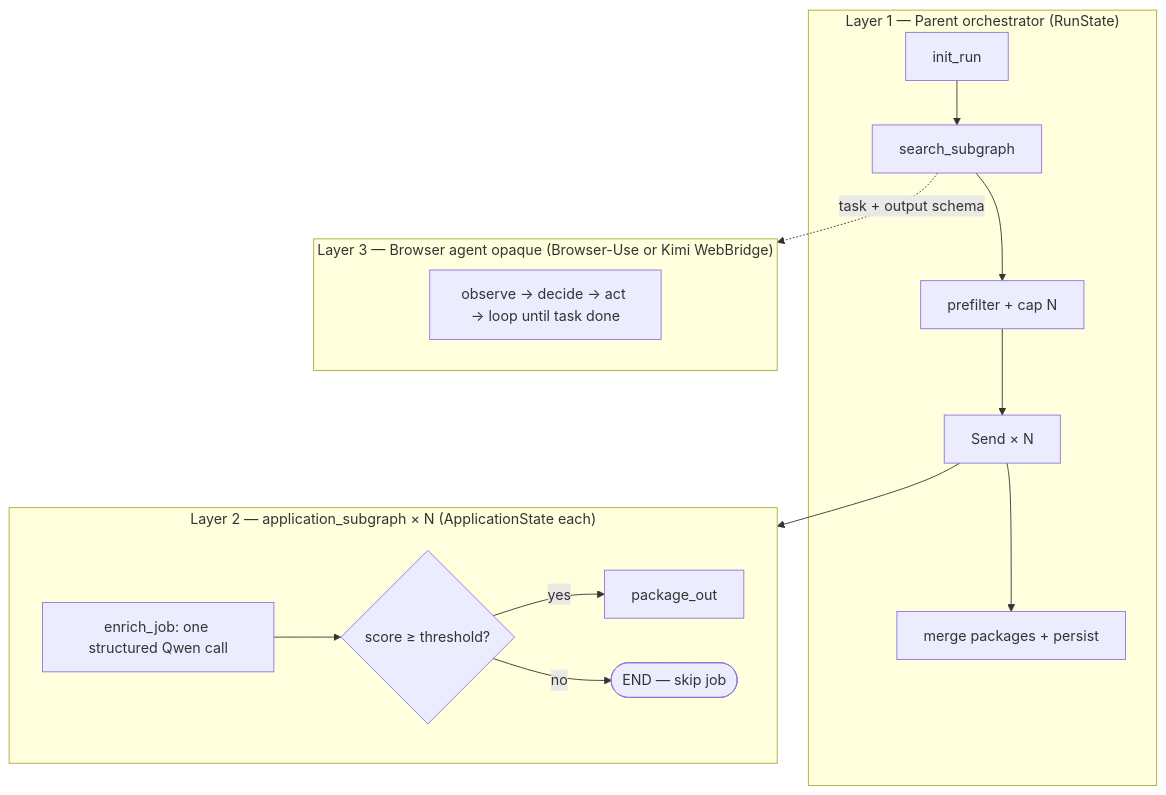
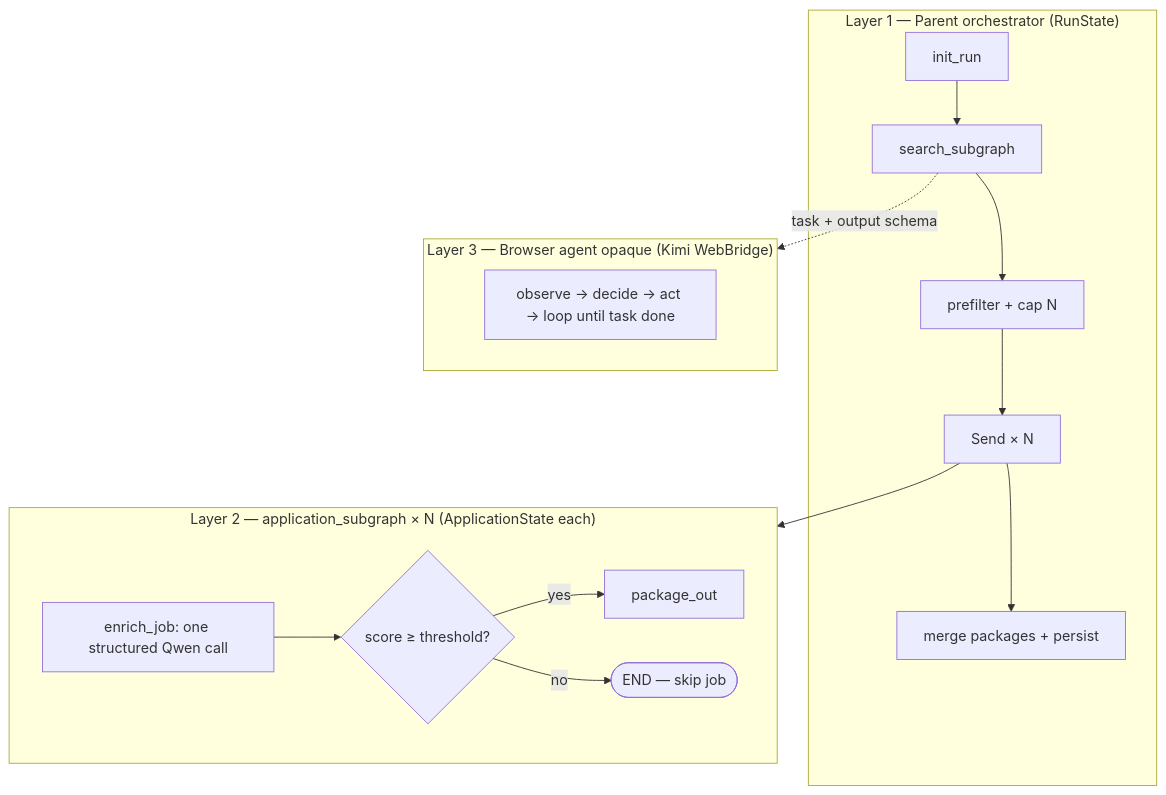
One commit to HamzaFayaz/JobPilot changed the first of 10 diagrams in System Design/JobPilot-System-Design.md. Above: the diagram before and after it, drawn with Mermaid. The commit also changed other lines of this file and 23 other files, not shown here.

Commit message:
Refactor browser provider to Kimi WebBridge, replacing deprecated Browser-Use. Update documentation and configuration files to reflect changes in the Search Helper architecture and user setup. Ensure seamless integration with existing APIs and maintain user session continuity in Chrome.

````diff
--- a/System Design/JobPilot-System-Design.md
+++ b/System Design/JobPilot-System-Design.md
@@ -46,27 +46,27 @@
 ```mermaid
 flowchart TB
     subgraph L1 ["Layer 1 — Parent orchestrator (RunState)"]
         init["init_run"]
         searchSG["search_subgraph"]
         prefilter["prefilter + cap N"]
         fanout["Send × N"]
         merge["merge packages + persist"]
         init --> searchSG --> prefilter --> fanout --> merge
     end
 
     subgraph L2 ["Layer 2 — application_subgraph × N (ApplicationState each)"]
         enrich["enrich_job: one structured Qwen call"]
         gate{"score ≥ threshold?"}
         pkgOut["package_out"]
         enrich --> gate
         gate -->|yes| pkgOut
         gate -->|no| skipEnd(["END — skip job"])
     end
 
-    subgraph L3 ["Layer 3 — Browser agent opaque (Browser-Use or Kimi WebBridge)"]
+    subgraph L3 ["Layer 3 — Browser agent opaque (Kimi WebBridge)"]
         react["observe → decide → act → loop until task done"]
     end
 
     fanout --> L2
     searchSG -.->|"task + output schema"| L3
 ```
````
